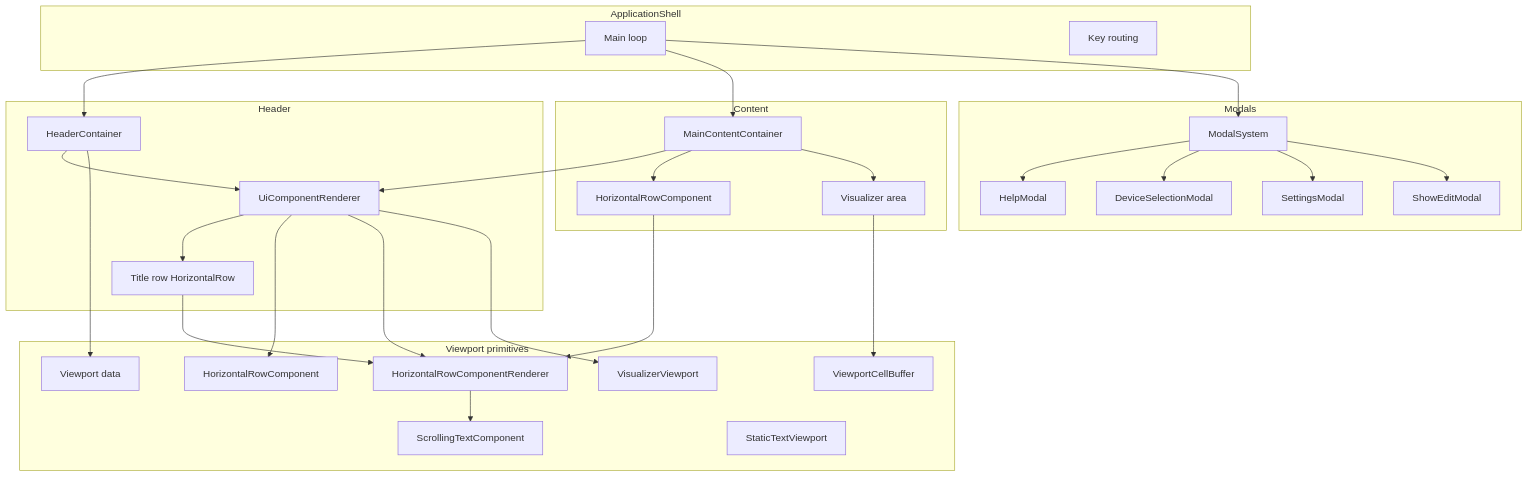
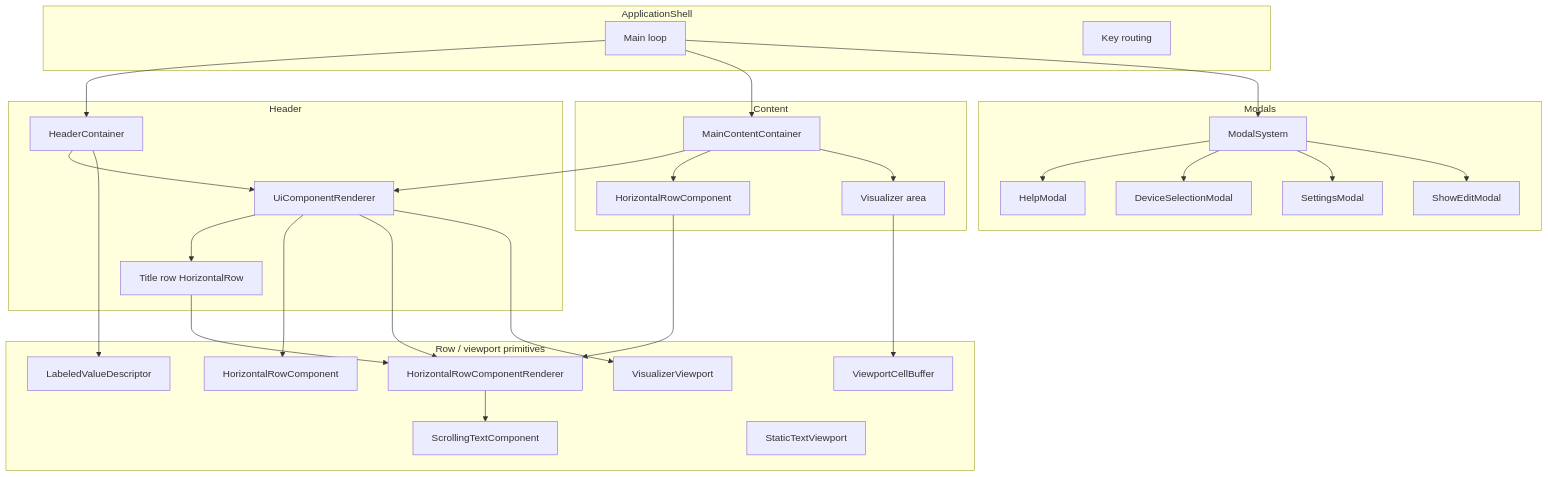
The diagram in docs/ui-components.md (CzarSibelius/AudioAnalyzer), drawn with Mermaid before and after one commit. The commit also changed other lines of this file and 14 other files, not shown here.

````diff
--- a/docs/ui-components.md
+++ b/docs/ui-components.md
@@ -89,58 +89,58 @@
 ```mermaid
 flowchart TB
   subgraph shell [ApplicationShell]
     MainLoop[Main loop]
     KeyRouter[Key routing]
   end
 
   subgraph header [Header]
     HeaderContainer[HeaderContainer]
     ComponentRenderer[UiComponentRenderer]
     TitleRow[Title row HorizontalRow]
   end
 
   subgraph modals [Modals]
     ModalSystem[ModalSystem]
     Help[HelpModal]
     Device[DeviceSelectionModal]
     Settings[SettingsModal]
     ShowEdit[ShowEditModal]
   end
 
   subgraph content [Content]
     MainContent[MainContentContainer]
     ToolbarRow[HorizontalRowComponent]
     VisualizerArea[Visualizer area]
   end
 
-  subgraph primitives [Viewport primitives]
-    ViewportData[Viewport data]
+  subgraph primitives [Row / viewport primitives]
+    ViewportData[LabeledValueDescriptor]
     HorizontalRow[HorizontalRowComponent]
     ScrollingTextComp[ScrollingTextComponent]
     HorizontalRowRenderer[HorizontalRowComponentRenderer]
     StaticVP[StaticTextViewport]
     VisualizerVP[VisualizerViewport]
     CellBuffer[ViewportCellBuffer]
   end
 
   MainLoop --> HeaderContainer
   MainLoop --> MainContent
   MainLoop --> ModalSystem
   HeaderContainer --> ComponentRenderer
   HeaderContainer --> ViewportData
   ComponentRenderer --> TitleRow
   ComponentRenderer --> HorizontalRow
   ModalSystem --> Help
   ModalSystem --> Device
   ModalSystem --> Settings
   ModalSystem --> ShowEdit
   MainContent --> ComponentRenderer
   MainContent --> ToolbarRow
   MainContent --> VisualizerArea
   ComponentRenderer --> HorizontalRowRenderer
   ComponentRenderer --> VisualizerVP
   TitleRow --> HorizontalRowRenderer
   ToolbarRow --> HorizontalRowRenderer
   HorizontalRowRenderer --> ScrollingTextComp
   VisualizerArea --> CellBuffer
 ```
````
